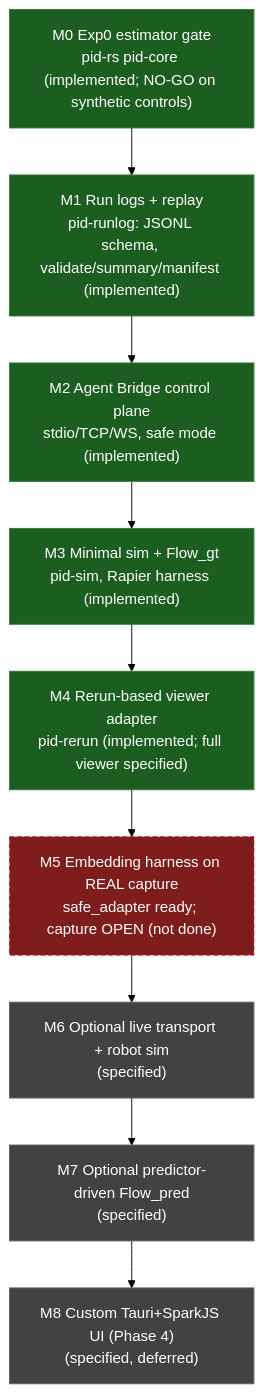
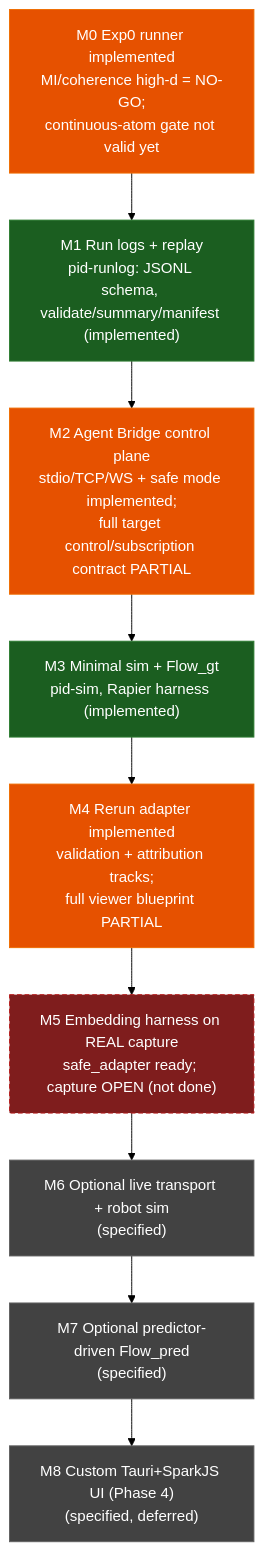
The third of 18 diagrams in DIAGRAMS.md (sepahead/prisoma), drawn with Mermaid (forest theme) before and after one commit. The commit also changed other lines of this file and 20 other files, not shown here.

````diff
--- a/DIAGRAMS.md
+++ b/DIAGRAMS.md
@@ -101,18 +103,19 @@
 ```mermaid
 flowchart TD
     classDef done fill:#1b5e20,stroke:#2e7d32,color:#fff;
+    classDef partial fill:#e65100,stroke:#ef6c00,color:#fff;
     classDef active fill:#7f1d1d,stroke:#b71c1c,color:#fff,stroke-dasharray:5 3;
     classDef spec fill:#424242,stroke:#616161,color:#fff;
 
-    M0["M0 Exp0 estimator gate<br/>pid-rs pid-core (implemented; NO-GO on synthetic controls)"]:::done
+    M0["M0 Exp0 runner implemented<br/>MI/coherence high-d = NO-GO;<br/>continuous-atom gate not valid yet"]:::partial
     M1["M1 Run logs + replay<br/>pid-runlog: JSONL schema, validate/summary/manifest (implemented)"]:::done
-    M2["M2 Agent Bridge control plane<br/>stdio/TCP/WS, safe mode (implemented)"]:::done
+    M2["M2 Agent Bridge control plane<br/>stdio/TCP/WS + safe mode implemented;<br/>full target control/subscription contract PARTIAL"]:::partial
     M3["M3 Minimal sim + Flow_gt<br/>pid-sim, Rapier harness (implemented)"]:::done
-    M4["M4 Rerun-based viewer adapter<br/>pid-rerun (implemented; full viewer specified)"]:::done
+    M4["M4 Rerun adapter implemented<br/>validation + attribution tracks;<br/>full viewer blueprint PARTIAL"]:::partial
     M5["M5 Embedding harness on REAL capture<br/>safe_adapter ready; capture OPEN (not done)"]:::active
     M6["M6 Optional live transport + robot sim<br/>(specified)"]:::spec
     M7["M7 Optional predictor-driven Flow_pred<br/>(specified)"]:::spec
     M8["M8 Custom Tauri+SparkJS UI (Phase 4)<br/>(specified, deferred)"]:::spec
 
     M0 --> M1 --> M2 --> M3 --> M4 --> M5 --> M6 --> M7 --> M8
 ```
````
